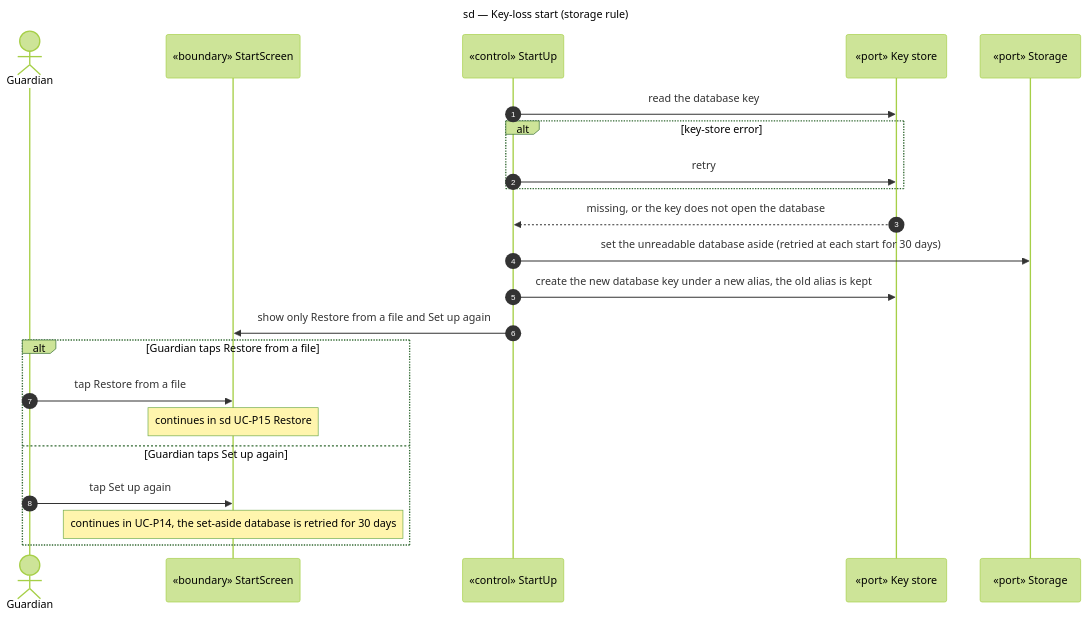
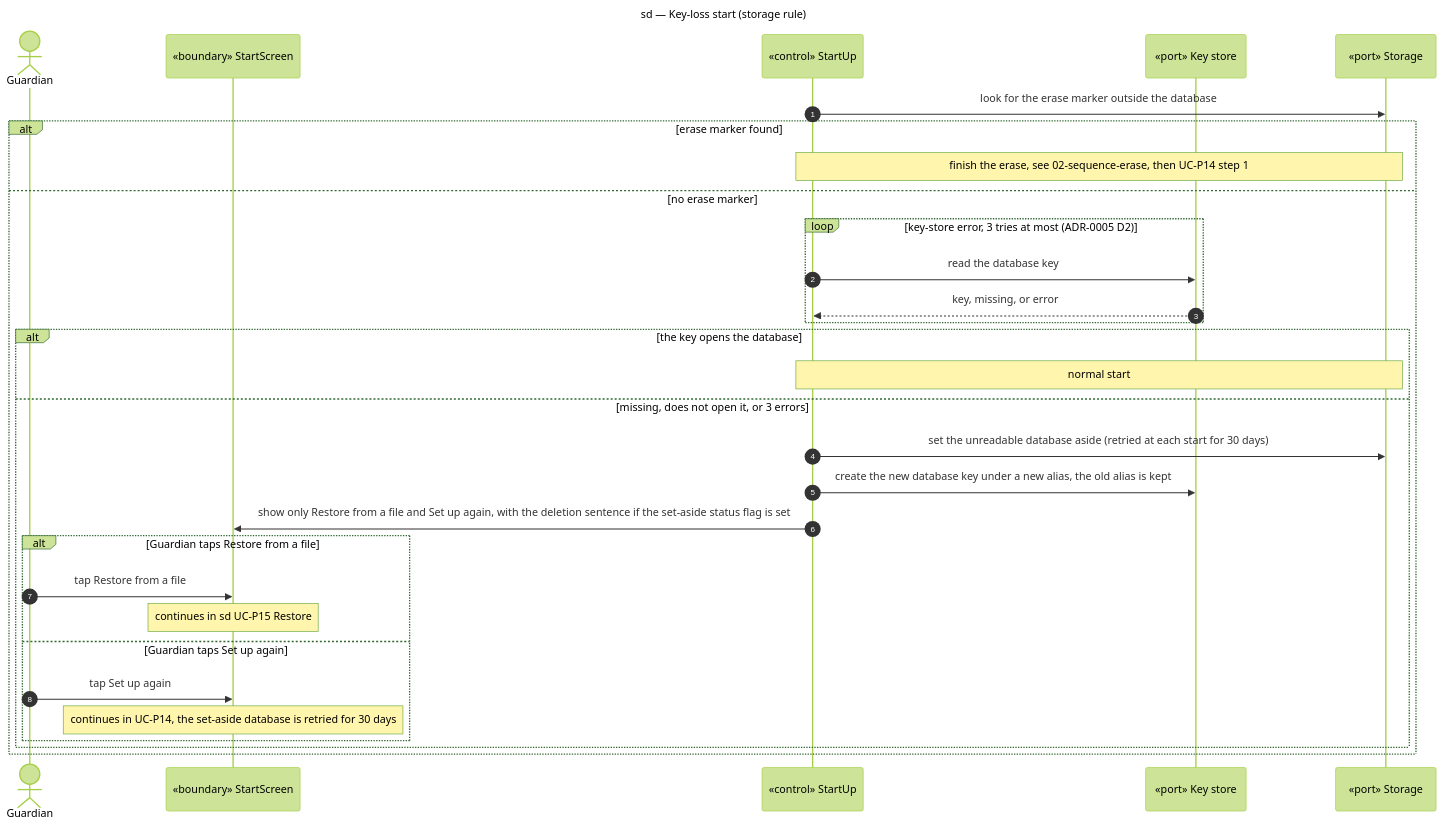
Before and after one commit to benoit-bremaud/learn-to-earn: the diagram in docs/architecture/diagrams/parent-space/04-sequence-key-loss-start.md, drawn with Mermaid (forest theme). The commit also changed other lines of this file and 29 other files, not shown here.

First line of the commit message:
docs(architecture): clear the design backlog after the story review

````diff
--- a/docs/architecture/diagrams/parent-space/04-sequence-key-loss-start.md
+++ b/docs/architecture/diagrams/parent-space/04-sequence-key-loss-start.md
@@ -16,26 +16,34 @@
 ```mermaid
 sequenceDiagram
   title sd — Key-loss start (storage rule)
   autonumber
   actor Guardian
   participant PUI as «boundary» StartScreen
   participant Start as «control» StartUp
   participant Keys as «port» Key store
   participant Store as «port» Storage
 
-  Start->>Keys: read the database key
-  alt key-store error
-    Start->>Keys: retry
-  end
-  Keys-->>Start: missing, or the key does not open the database
-  Start->>Store: set the unreadable database aside (retried at each start for 30 days)
-  Start->>Keys: create the new database key under a new alias, the old alias is kept
-  Start->>PUI: show only Restore from a file and Set up again
-  alt Guardian taps Restore from a file
-    Guardian->>PUI: tap Restore from a file
-    Note over PUI: continues in sd UC-P15 Restore
-  else Guardian taps Set up again
-    Guardian->>PUI: tap Set up again
-    Note over PUI: continues in UC-P14, the set-aside database is retried for 30 days
+  Start->>Store: look for the erase marker outside the database
+  alt erase marker found
+    Note over Start,Store: finish the erase, see 02-sequence-erase, then UC-P14 step 1
+  else no erase marker
+    loop key-store error, 3 tries at most (ADR-0005 D2)
+      Start->>Keys: read the database key
+      Keys-->>Start: key, missing, or error
+    end
+    alt the key opens the database
+      Note over Start,Store: normal start
+    else missing, does not open it, or 3 errors
+      Start->>Store: set the unreadable database aside (retried at each start for 30 days)
+      Start->>Keys: create the new database key under a new alias, the old alias is kept
+      Start->>PUI: show only Restore from a file and Set up again, with the deletion sentence if the set-aside status flag is set
+      alt Guardian taps Restore from a file
+        Guardian->>PUI: tap Restore from a file
+        Note over PUI: continues in sd UC-P15 Restore
+      else Guardian taps Set up again
+        Guardian->>PUI: tap Set up again
+        Note over PUI: continues in UC-P14, the set-aside database is retried for 30 days
+      end
+    end
   end
 ```
````
